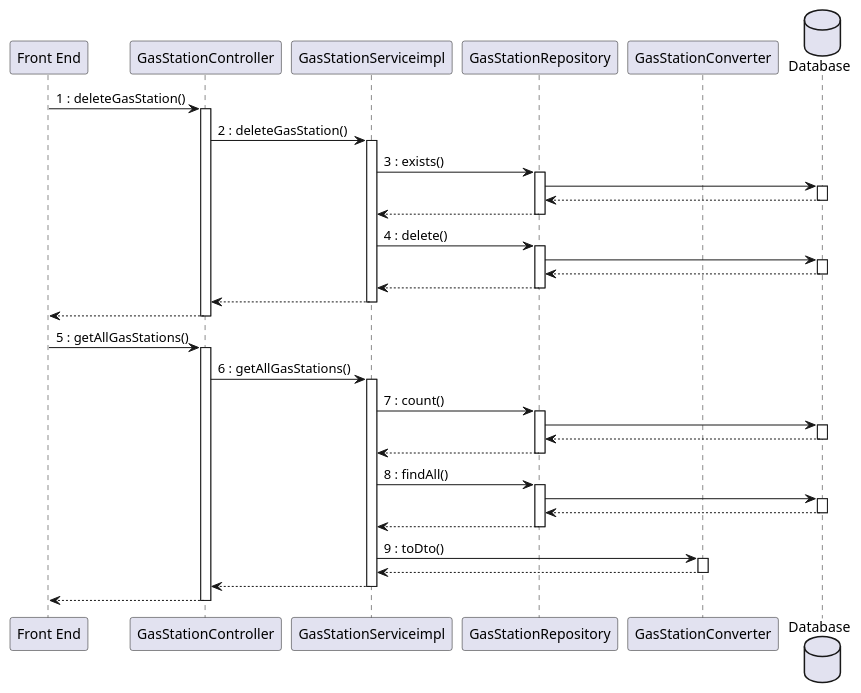
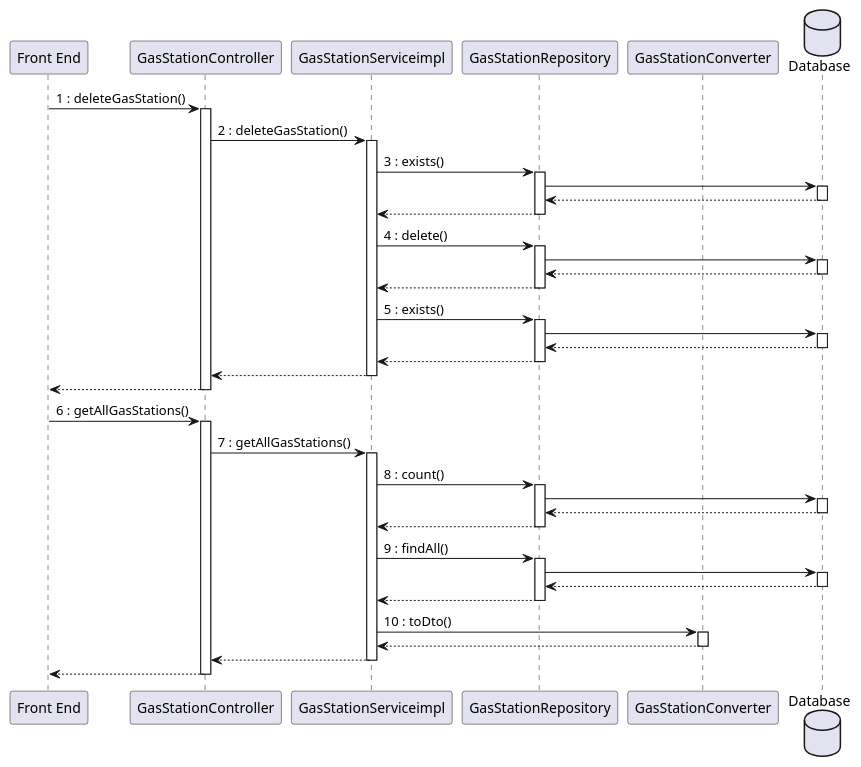
The tenth of 15 diagrams in docs/DesignDocument.md (mosTavassoli/ezgas), drawn with PlantUML before and after one commit.

Commit message:
docs(DesignDocument): edit sequence diagram use case 6

````diff
--- a/docs/DesignDocument.md
+++ b/docs/DesignDocument.md
@@ -708,44 +708,50 @@
 ```plantuml
 database Database order 30
 "Front End" -> GasStationController:1 : deleteGasStation()
 activate GasStationController
 GasStationController -> GasStationServiceimpl:2 : deleteGasStation()
 activate GasStationServiceimpl
 GasStationServiceimpl -> GasStationRepository:3 : exists()
 activate GasStationRepository
 GasStationRepository -> Database
 activate Database
 return
 return
 GasStationServiceimpl -> GasStationRepository:4 : delete()
 activate GasStationRepository
 GasStationRepository -> Database
 activate Database
 return
 return
-return
-return
-
-"Front End" -> GasStationController:5 : getAllGasStations()
-activate GasStationController
-GasStationController -> GasStationServiceimpl:6 : getAllGasStations()
-activate GasStationServiceimpl
-GasStationServiceimpl -> GasStationRepository:7 : count()
+GasStationServiceimpl -> GasStationRepository:5 : exists()
 activate GasStationRepository
 GasStationRepository -> Database
 activate Database
 return
 return
-GasStationServiceimpl -> GasStationRepository:8 : findAll()
+return
+return
+
+"Front End" -> GasStationController:6 : getAllGasStations()
+activate GasStationController
+GasStationController -> GasStationServiceimpl:7 : getAllGasStations()
+activate GasStationServiceimpl
+GasStationServiceimpl -> GasStationRepository:8 : count()
+activate GasStationRepository
+GasStationRepository -> Database
+activate Database
+return
+return
+GasStationServiceimpl -> GasStationRepository:9 : findAll()
 activate GasStationRepository
 GasStationRepository -> Database
 activate Database
 return
 return
 
-GasStationServiceimpl -> GasStationConverter:9 : toDto()
+GasStationServiceimpl -> GasStationConverter:10 : toDto()
 activate GasStationConverter
 return
 return
 return
 ```
````
